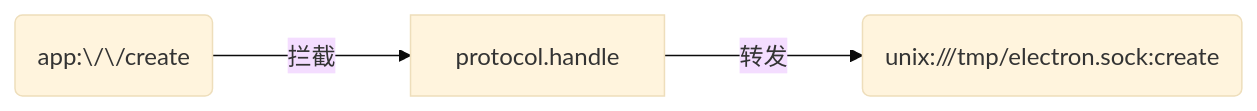
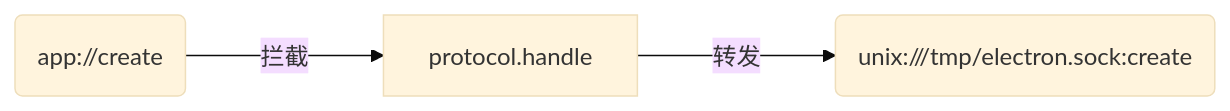
Before and after one commit to msyfls123/blog: the first of 4 diagrams in source/_posts/clean-electron-architecture.md, drawn with Mermaid (base theme). The commit also changed other lines of this file, not shown here.

```diff
--- a/source/_posts/clean-electron-architecture.md
+++ b/source/_posts/clean-electron-architecture.md
@@ -348,4 +348,4 @@
 {% mermaid %}
 flowchart LR
-  request(app:\/\/create) -- 拦截 ---> protocol.handle -- 转发 ---> response(unix:///tmp/electron.sock:create)
+  request(app://create) -- 拦截 ---> protocol.handle -- 转发 ---> response(unix:///tmp/electron.sock:create)
 {% endmermaid %}
```
